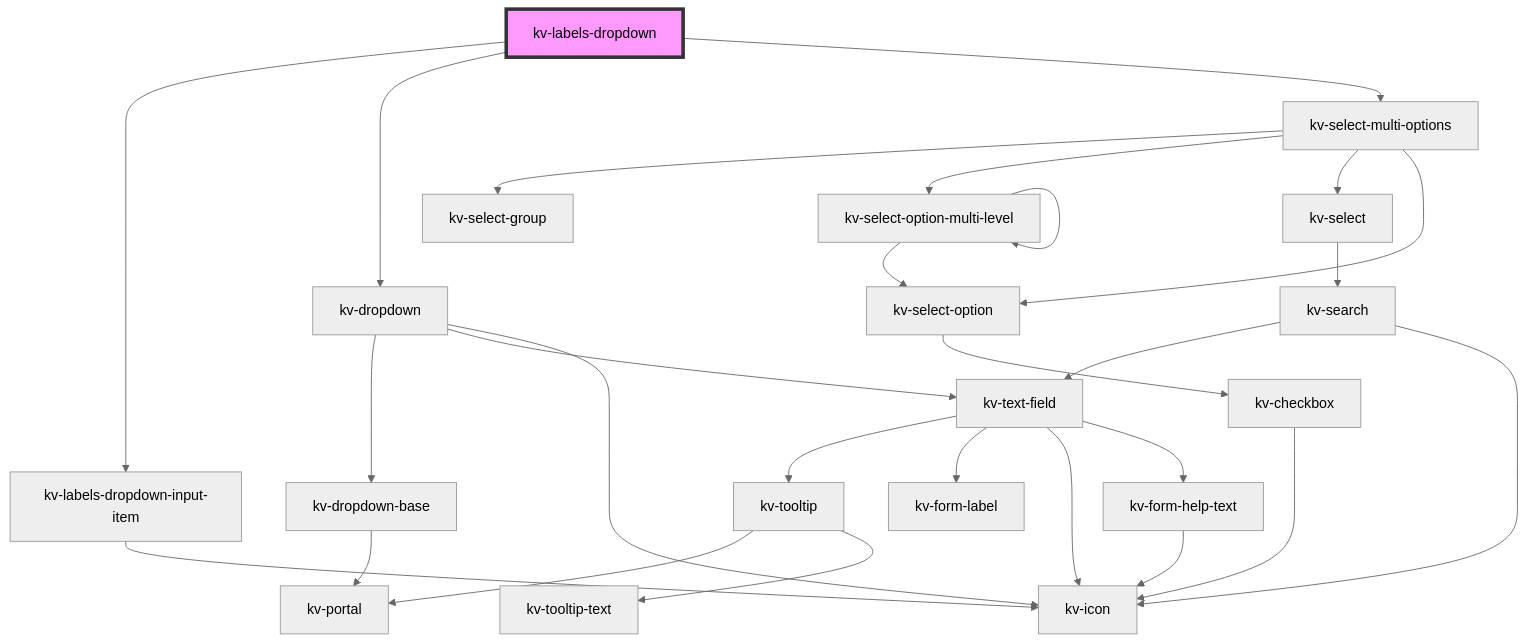
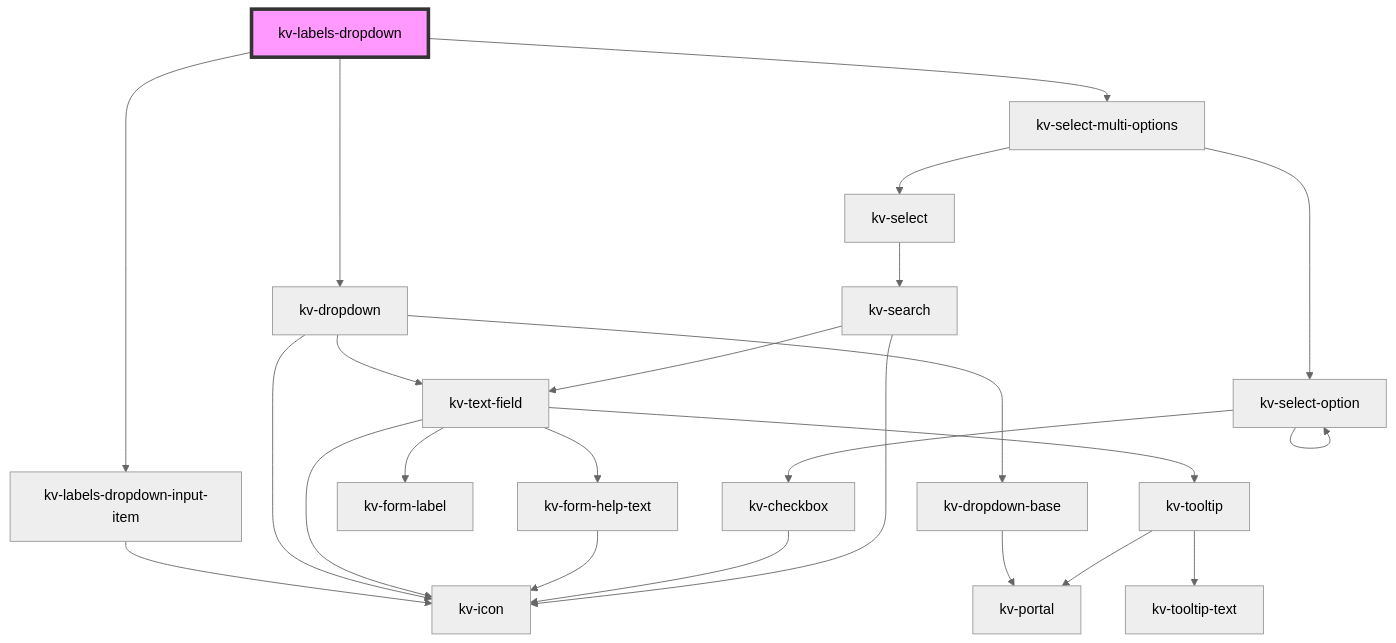
The diagram in packages/ui-components/src/components/labels-dropdown/readme.md (kelvininc/ui-components), drawn with Mermaid (neutral theme) before and after one commit. The commit also changed 60 other files, not shown here.

First line of the commit message:
feat(dropdown)!: add multi level select option to single select dropdown

````diff
--- a/packages/ui-components/src/components/labels-dropdown/readme.md
+++ b/packages/ui-components/src/components/labels-dropdown/readme.md
@@ -47,30 +47,27 @@
 ```mermaid
 graph TD;
   kv-labels-dropdown --> kv-labels-dropdown-input-item
   kv-labels-dropdown --> kv-dropdown
   kv-labels-dropdown --> kv-select-multi-options
   kv-labels-dropdown-input-item --> kv-icon
   kv-dropdown --> kv-dropdown-base
   kv-dropdown --> kv-text-field
   kv-dropdown --> kv-icon
   kv-dropdown-base --> kv-portal
   kv-text-field --> kv-tooltip
   kv-text-field --> kv-form-label
   kv-text-field --> kv-icon
   kv-text-field --> kv-form-help-text
   kv-tooltip --> kv-portal
   kv-tooltip --> kv-tooltip-text
   kv-form-help-text --> kv-icon
-  kv-select-multi-options --> kv-select-group
-  kv-select-multi-options --> kv-select-option-multi-level
+  kv-select-multi-options --> kv-select-option
   kv-select-multi-options --> kv-select
-  kv-select-multi-options --> kv-select-option
-  kv-select-option-multi-level --> kv-select-option
-  kv-select-option-multi-level --> kv-select-option-multi-level
   kv-select-option --> kv-checkbox
+  kv-select-option --> kv-select-option
   kv-checkbox --> kv-icon
   kv-select --> kv-search
   kv-search --> kv-text-field
   kv-search --> kv-icon
   style kv-labels-dropdown fill:#f9f,stroke:#333,stroke-width:4px
 ```
````
